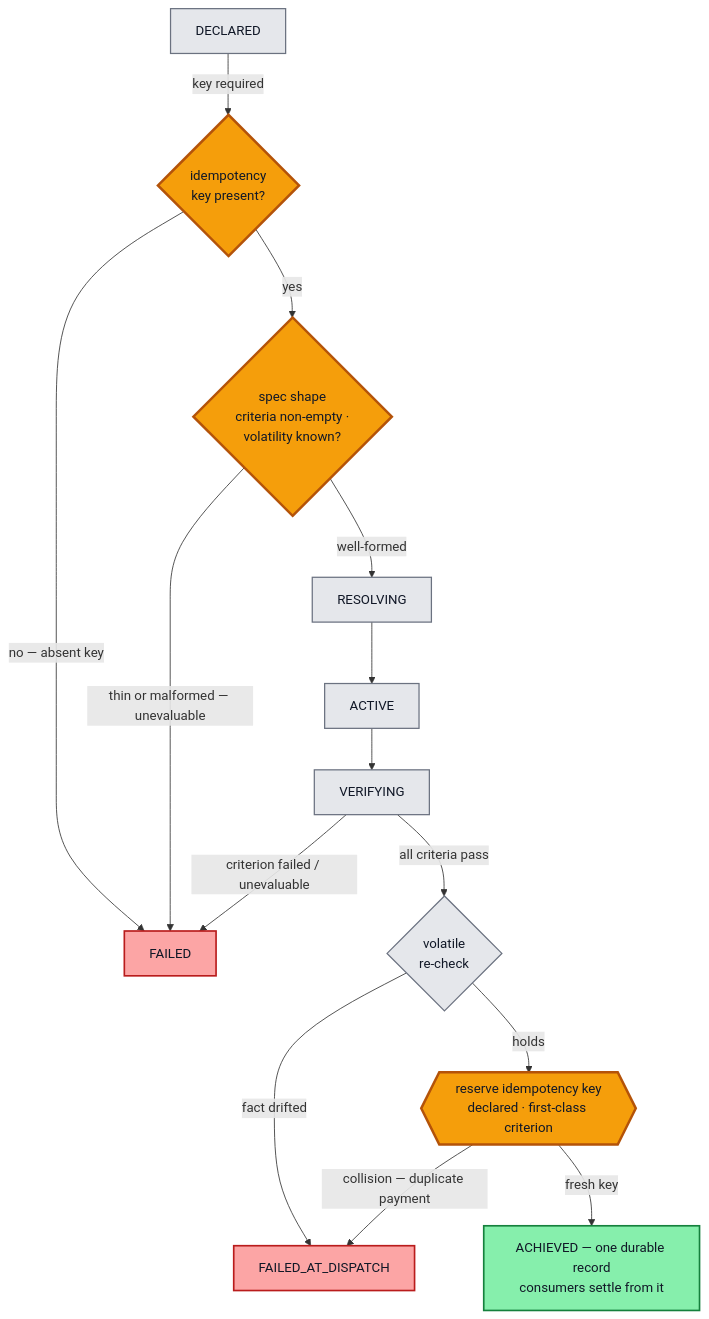
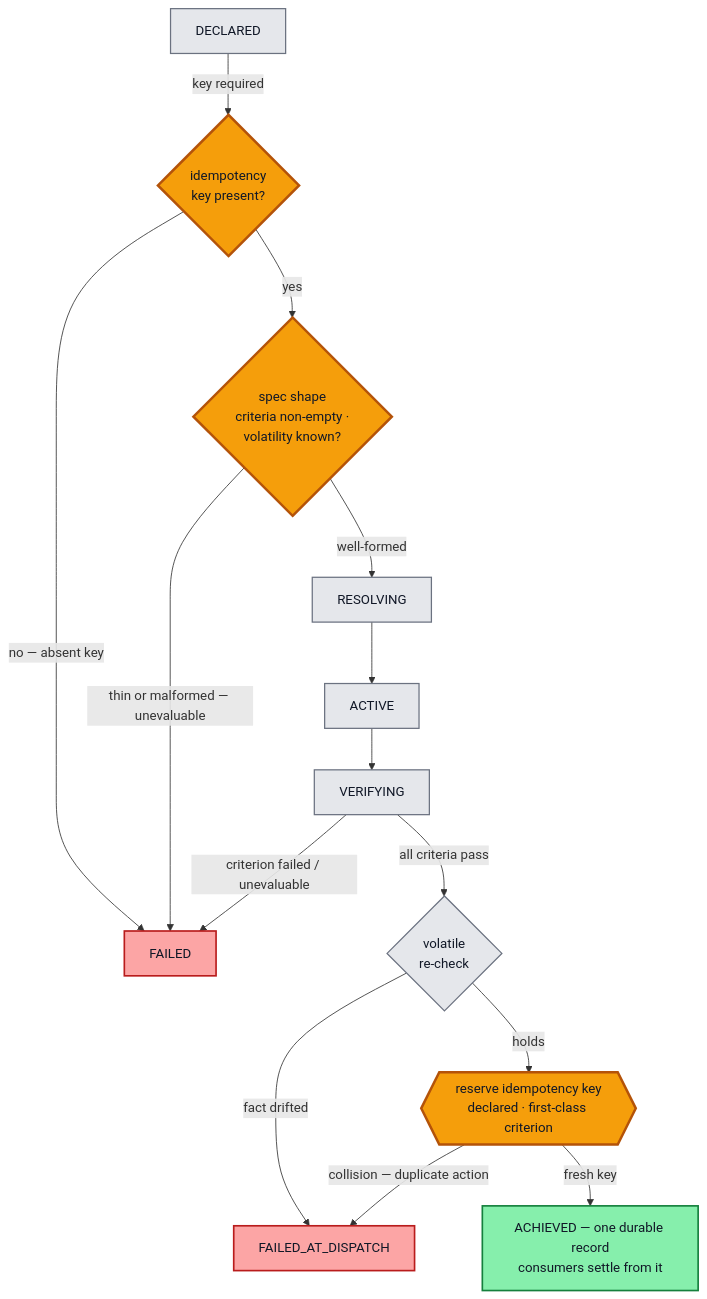
One commit to hossainpazooki/intent-plane changed the first of 2 diagrams in README.md. Above: the diagram before and after it, drawn with Mermaid. The commit also changed other lines of this file and 1 other file, not shown here.

````diff
--- a/README.md
+++ b/README.md
@@ -36,23 +36,23 @@
 ```mermaid
 flowchart TD
     D[DECLARED] -->|key required| K{idempotency<br/>key present?}
     K -->|no — absent key| F[FAILED]
     K -->|yes| TS{spec shape<br/>criteria non-empty ·<br/>volatility known?}
     TS -->|thin or malformed — unevaluable| F
     TS -->|well-formed| R[RESOLVING] --> A[ACTIVE] --> V[VERIFYING]
     V -->|criterion failed / unevaluable| F
     V -->|all criteria pass| VR{volatile<br/>re-check}
     VR -->|fact drifted| FD[FAILED_AT_DISPATCH]
     VR -->|holds| IDEM{{"reserve idempotency key<br/>declared · first-class criterion"}}
-    IDEM -->|collision — duplicate payment| FD
+    IDEM -->|collision — duplicate action| FD
     IDEM -->|fresh key| ACH["ACHIEVED — one durable record<br/>consumers settle from it"]
 
     classDef neutral fill:#e5e7eb,stroke:#6b7280,stroke-width:1.5px,color:#111827;
     classDef idem fill:#f59e0b,stroke:#b45309,stroke-width:3px,color:#111827;
     classDef good fill:#86efac,stroke:#15803d,stroke-width:2px,color:#111827;
     classDef bad fill:#fca5a5,stroke:#b91c1c,stroke-width:2px,color:#111827;
     class D,R,A,V,VR neutral;
     class K,TS,IDEM idem;
     class ACH good;
     class F,FD bad;
 ```
````
